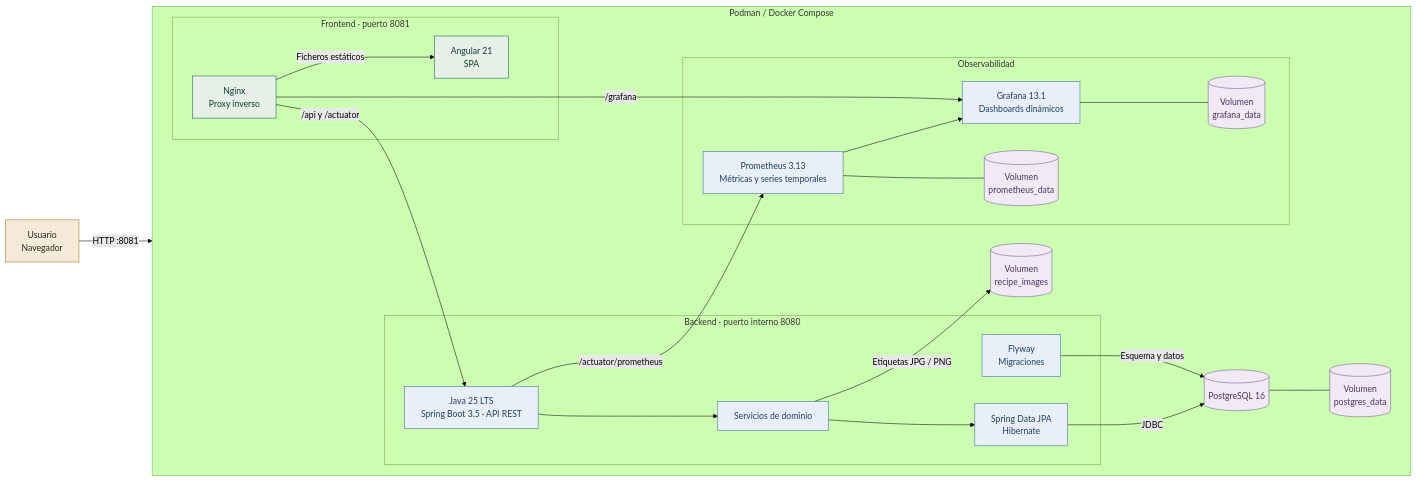
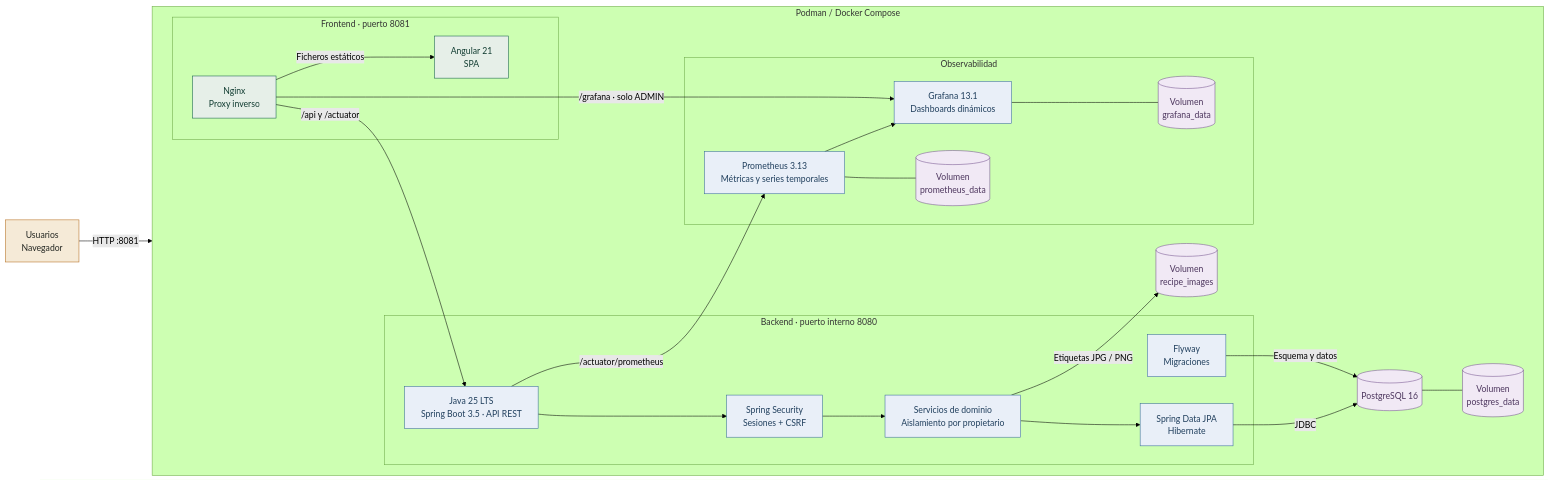
One commit to josekero/beer_designer changed the first of 2 diagrams in README.md. Above: the diagram before and after it, drawn with Mermaid (forest theme). The commit also changed other lines of this file and 119 other files, not shown here.

````diff
--- a/README.md
+++ b/README.md
@@ -18,56 +18,57 @@
 ```mermaid
 flowchart LR
-    user["Usuario<br/>Navegador"]
+    user["Usuarios<br/>Navegador"]
 
     subgraph runtime["Podman / Docker Compose"]
         direction LR
 
         subgraph frontend["Frontend · puerto 8081"]
             nginx["Nginx<br/>Proxy inverso"]
             angular["Angular 21<br/>SPA"]
             nginx -->|"Ficheros estáticos"| angular
         end
 
         subgraph backend["Backend · puerto interno 8080"]
             api["Java 25 LTS<br/>Spring Boot 3.5 · API REST"]
-            services["Servicios de dominio"]
+            auth["Spring Security<br/>Sesiones + CSRF"]
+            services["Servicios de dominio<br/>Aislamiento por propietario"]
             jpa["Spring Data JPA<br/>Hibernate"]
             flyway["Flyway<br/>Migraciones"]
-            api --> services --> jpa
+            api --> auth --> services --> jpa
         end
 
         postgres[("PostgreSQL 16")]
         dbVolume[("Volumen<br/>postgres_data")]
         imageVolume[("Volumen<br/>recipe_images")]
 
         subgraph observability["Observabilidad"]
             prometheus["Prometheus 3.13<br/>Métricas y series temporales"]
             grafana["Grafana 13.1<br/>Dashboards dinámicos"]
             prometheusVolume[("Volumen<br/>prometheus_data")]
             grafanaVolume[("Volumen<br/>grafana_data")]
             prometheus --> grafana
             prometheus --- prometheusVolume
             grafana --- grafanaVolume
         end
 
         nginx -->|"/api y /actuator"| api
-        nginx -->|"/grafana"| grafana
+        nginx -->|"/grafana · solo ADMIN"| grafana
         jpa -->|"JDBC"| postgres
         flyway -->|"Esquema y datos"| postgres
         api -->|"/actuator/prometheus"| prometheus
         postgres --- dbVolume
         services -->|"Etiquetas JPG / PNG"| imageVolume
     end
 
     user -->|"HTTP :8081"| nginx
 
     classDef client fill:#f5ead7,stroke:#b46d1f,color:#242722
     classDef frontendNode fill:#e6efe8,stroke:#135e4b,color:#123d32
     classDef backendNode fill:#e9eff8,stroke:#376a9b,color:#203f5d
     classDef dataNode fill:#f1e9f5,stroke:#76548f,color:#4c355d
     class user client
     class nginx,angular frontendNode
-    class api,services,jpa,flyway backendNode
+    class api,auth,services,jpa,flyway backendNode
     class prometheus,grafana backendNode
     class postgres,dbVolume,imageVolume,prometheusVolume,grafanaVolume dataNode
 ```
````
